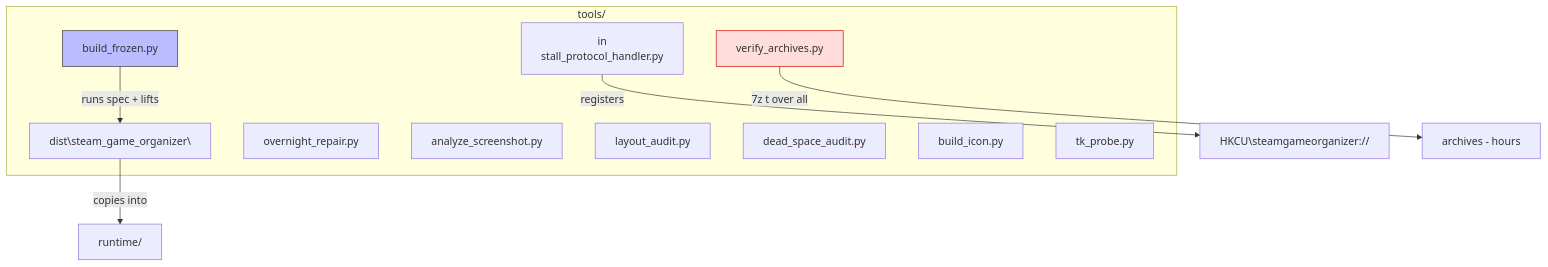
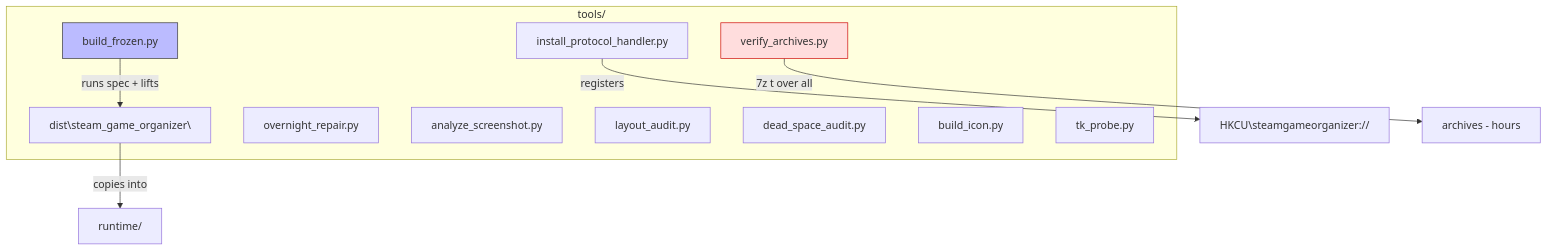
The ninth of 11 diagrams in ARCHITECTURE.md (smd3235/steam-game-organizer), drawn with Mermaid before and after one commit. The commit also changed other lines of this file and 4 other files, not shown here.

Commit message:
docs: finalize all markdown overhaul with Mermaid diagrams, code links, change-comment rule, remove friend/piracy references

````diff
--- a/ARCHITECTURE.md
+++ b/ARCHITECTURE.md
@@ -459,24 +468,23 @@
 ```mermaid
 flowchart TD
     subgraph Tools["tools/"]
     BUILD[build_frozen.py]
     BUNDLE[bundle_runtime.py]
-    PROTO[in
-stall_protocol_handler.py]
+    PROTO[install_protocol_handler.py]
     REPAIR[overnight_repair.py]
     SHOT[analyze_screenshot.py]
     LAYOUT[layout_audit.py]
     DEAD[dead_space_audit.py]
     ICON[build_icon.py]
     VERIFY[verify_archives.py]
     PROBE[tk_probe.py]
     end
 
     BUILD -->|runs spec + lifts| BUNDLE[dist\steam_game_organizer\]
     BUNDLE -->|copies into| RUNTIME[runtime/]
     PROTO -->|registers| HK[HKCU\steamgameorganizer://]
     VERIFY -->|7z t over all| ARCH[archives - hours]
     
     style BUILD fill:#bbf,stroke:#333
     style VERIFY fill:#fdd,stroke:#c00
 ```
````
